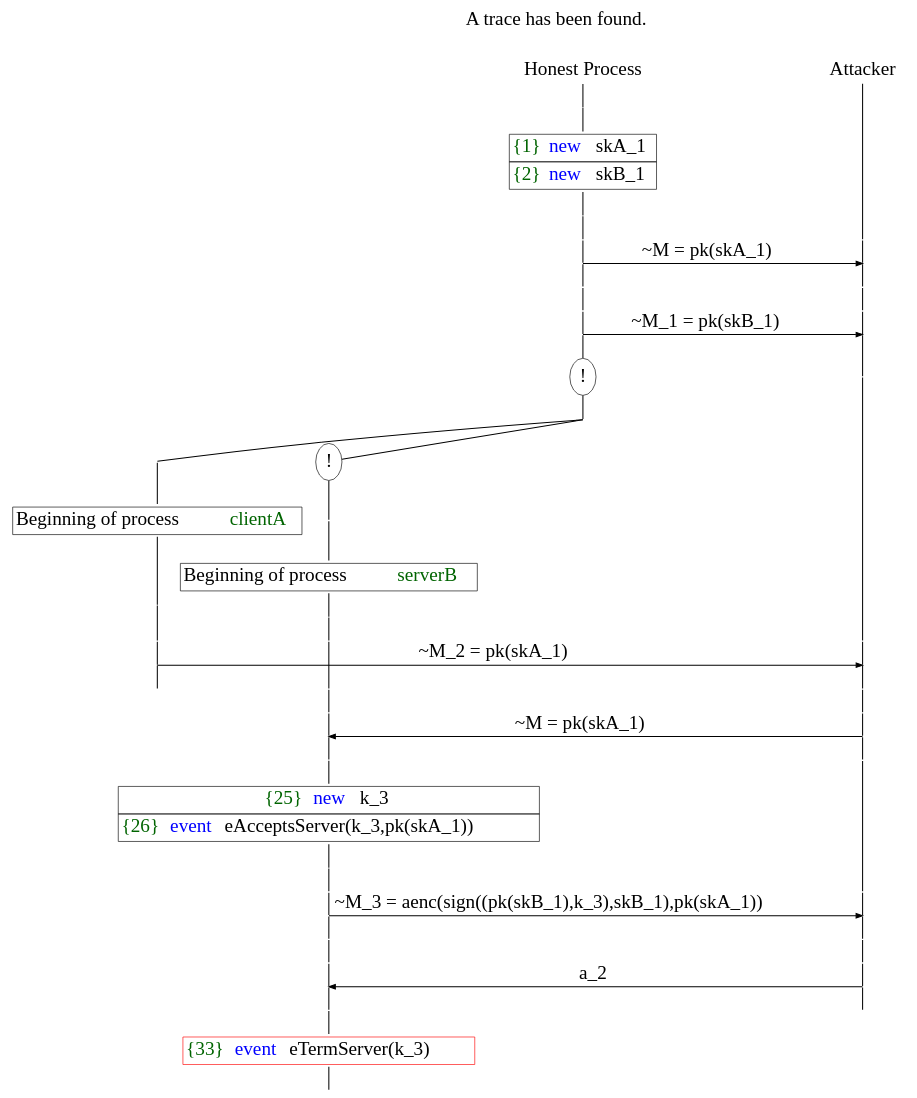
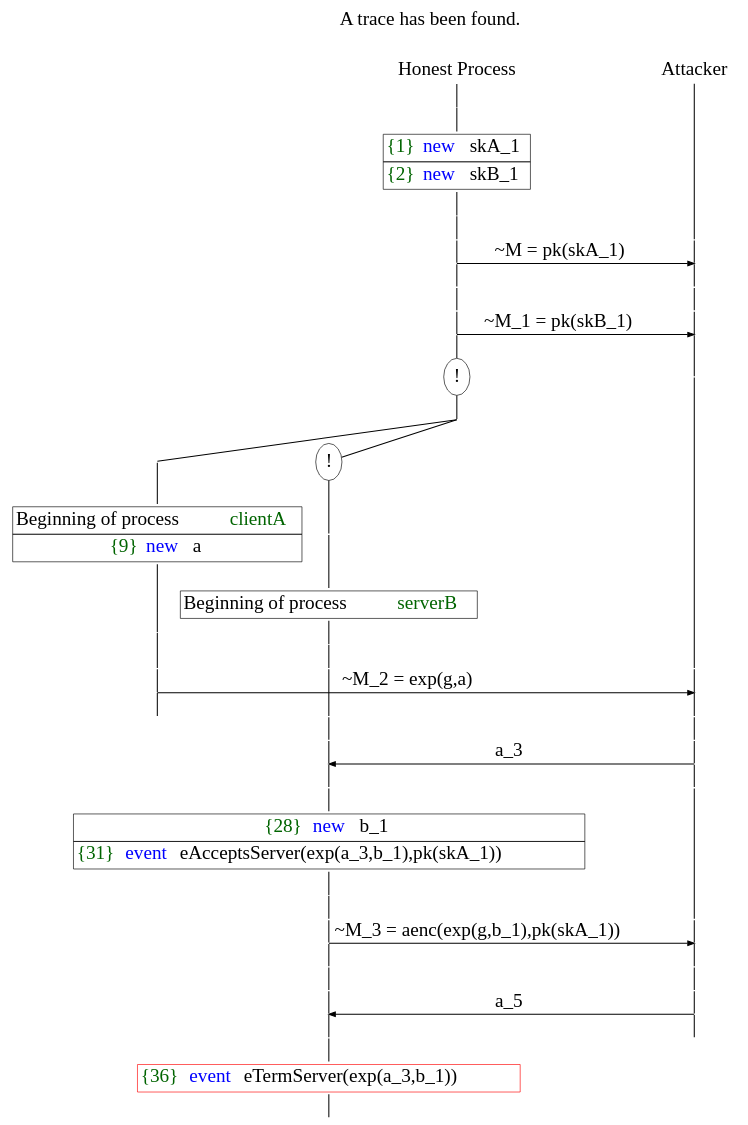
Before and after one commit to ElsaLopez133/formal-analysis-workshop: the diagram in graph/trace1.dot, drawn with Graphviz. The commit also changed 4 other files, not shown here.

```diff
--- a/graph/trace1.dot
+++ b/graph/trace1.dot
@@ -1,99 +1,100 @@
 digraph {
 graph [ordering = out]
 edge [arrowhead = none, penwidth = 1.6, fontsize = 30]
 node [shape = point, width = 0, height = 0, fontsize = 30]
 Trace [label = <A trace has been found.<br/>
 >, shape = plaintext]
 P0__0 [label = "Honest Process", shape = plaintext]
 P__0 [label = "Attacker", shape = plaintext]
 Trace -> P0__0 [label = "", style = invisible, weight = 100]{rank = same; P0__0 P__0}
 P0__0 -> P0__1 [label = <>, weight = 100]
 P0__1 -> P0__2 [label = <>, weight = 100]
 P0__2 [shape = plaintext, label = <<TABLE BORDER="0" CELLBORDER="1" CELLSPACING="0" CELLPADDING="4"> <TR><TD><FONT COLOR="darkgreen">{1}</FONT><FONT COLOR="blue">new </FONT>skA_1</TD></TR><TR><TD><FONT COLOR="darkgreen">{2}</FONT><FONT COLOR="blue">new </FONT>skB_1</TD></TR></TABLE>>]
 P0__2 -> P0__3 [label = <>, weight = 100]
 P0__3 -> P0__4 [label = <>, weight = 100]
 P__0 -> P__1 [label = <>, weight = 100]
 {rank = same; P__1 P0__4}
 P0__4 -> P0__5 [label = <>, weight = 100]
 P__1 -> P__2 [label = <>, weight = 100]
 {rank = same; P__2 P0__5}
 P0__5 -> P__2 [label = <~M = pk(skA_1)>, arrowhead = normal]
 P0__5 -> P0__6 [label = <>, weight = 100]
 P__2 -> P__3 [label = <>, weight = 100]
 {rank = same; P__3 P0__6}
 P0__6 -> P0__7 [label = <>, weight = 100]
 P__3 -> P__4 [label = <>, weight = 100]
 {rank = same; P__4 P0__7}
 P0__7 -> P0__8 [label = <>, weight = 100]
 P__4 -> P__5 [label = <>, weight = 100]
 {rank = same; P__5 P0__8}
 P0__8 -> P__5 [label = <~M_1 = pk(skB_1)>, arrowhead = normal]
 P0__8 -> P0__9 [label = <>, weight = 100]
 P__5 -> P__6 [label = <>, weight = 100]
 {rank = same; P__6 P0__9}
 P0__9 [label = "!", shape = ellipse]
 P0_0__9 [label = "", fixedsize = false, width = 0, height = 0, shape = none]
 P0__9 -> P0_0__9 [label = <>, weight = 100]
 /*RPar */
 P0_0__9 -> P0_0_1__9 [label = <>]
 P0_0__9 -> P0_0_0__9 [label = <>]
 P0_0__9 [label = "", fixedsize = false, width = 0, height = 0, shape = none]
 {rank = same; P0_0_0__9 P0_0_1__9}
 P0_0_0__9 [label = "!", shape = ellipse]
 P0_0_0_0__9 [label = "", fixedsize = false, width = 0, height = 0, shape = none]
 P0_0_0__9 -> P0_0_0_0__9 [label = <>, weight = 100]
 P0_0_0_0__9 -> P0_0_0_0__10 [label = <>, weight = 100]
 P0_0_0_0__10 [shape = plaintext, label = <<TABLE BORDER="0" CELLBORDER="1" CELLSPACING="0" CELLPADDING="4"> <TR><TD>Beginning of process <FONT COLOR="darkgreen">serverB</FONT></TD></TR></TABLE>>]
 P0_0_0_0__10 -> P0_0_0_0__11 [label = <>, weight = 100]
 P0_0_1__9 -> P0_0_1__10 [label = <>, weight = 100]
-P0_0_1__10 [shape = plaintext, label = <<TABLE BORDER="0" CELLBORDER="1" CELLSPACING="0" CELLPADDING="4"> <TR><TD>Beginning of process <FONT COLOR="darkgreen">clientA</FONT></TD></TR></TABLE>>]
+P0_0_1__10 [shape = plaintext, label = <<TABLE BORDER="0" CELLBORDER="1" CELLSPACING="0" CELLPADDING="4"> <TR><TD>Beginning of process <FONT COLOR="darkgreen">clientA</FONT></TD></TR><TR><TD><FONT COLOR="darkgreen">{9}</FONT><FONT COLOR="blue">new </FONT>a</TD></TR></TABLE>>]
 P0_0_1__10 -> P0_0_1__11 [label = <>, weight = 100]
 P0_0_1__11 -> P0_0_1__12 [label = <>, weight = 100]
 P0_0_0_0__11 -> P0_0_0_0__12 [label = <>, weight = 100]
 P__6 -> P__7 [label = <>, weight = 100]
 {rank = same; P__7 P0_0_0_0__12 P0_0_1__12}
 P0_0_1__12 -> P0_0_1__13 [label = <>, weight = 100]
 P__7 -> P__8 [label = <>, weight = 100]
 {rank = same; P__8 P0_0_1__13}
-P0_0_1__13 -> P__8 [label = <~M_2 = pk(skA_1)>, arrowhead = normal]
+P0_0_1__13 -> P__8 [label = <~M_2 = exp(g,a)>, arrowhead = normal]
 P0_0_1__13 -> P0_0_1__14 [label = <>, weight = 100]
 P0_0_0_0__12 -> P0_0_0_0__13 [label = <>, weight = 100]
 P__8 -> P__9 [label = <>, weight = 100]
 {rank = same; P__9 P0_0_0_0__13 P0_0_1__14}
 P0_0_0_0__13 -> P0_0_0_0__14 [label = <>, weight = 100]
 P__9 -> P__10 [label = <>, weight = 100]
 {rank = same; P__10 P0_0_0_0__14}
 P0_0_0_0__14 -> P0_0_0_0__15 [label = <>, weight = 100]
 P__10 -> P__11 [label = <>, weight = 100]
 {rank = same; P__11 P0_0_0_0__15}
-P0_0_0_0__15 -> P__11 [label = <~M = pk(skA_1)>, dir = back, arrowhead = normal]
+P0_0_0_0__15 -> P__11 [label = <a_3>, dir = back, arrowhead = normal]
 P0_0_0_0__15 -> P0_0_0_0__16 [label = <>, weight = 100]
 P__11 -> P__12 [label = <>, weight = 100]
 {rank = same; P__12 P0_0_0_0__16}
 P0_0_0_0__16 -> P0_0_0_0__17 [label = <>, weight = 100]
-P0_0_0_0__17 [shape = plaintext, label = <<TABLE BORDER="0" CELLBORDER="1" CELLSPACING="0" CELLPADDING="4"> <TR><TD><FONT COLOR="darkgreen">{25}</FONT><FONT COLOR="blue">new </FONT>k_3</TD></TR><TR><TD><FONT COLOR="darkgreen">{26}</FONT><FONT COLOR="blue">event</FONT> eAcceptsServer(k_3,pk(skA_1))</TD></TR></TABLE>>]
+P0_0_0_0__17 [shape = plaintext, label = <<TABLE BORDER="0" CELLBORDER="1" CELLSPACING="0" CELLPADDING="4"> <TR><TD><FONT COLOR="darkgreen">{28}</FONT><FONT COLOR="blue">new </FONT>b_1</TD></TR><TR><TD><FONT COLOR="darkgreen">{31}</FONT><FONT COLOR="blue">event</FONT> eAcceptsServer(exp(a_3,b_1),pk(skA_1))<br/>
+</TD></TR></TABLE>>]
 P0_0_0_0__17 -> P0_0_0_0__18 [label = <>, weight = 100]
 P0_0_0_0__18 -> P0_0_0_0__19 [label = <>, weight = 100]
 P__12 -> P__13 [label = <>, weight = 100]
 {rank = same; P__13 P0_0_0_0__19}
 P0_0_0_0__19 -> P0_0_0_0__20 [label = <>, weight = 100]
 P__13 -> P__14 [label = <>, weight = 100]
 {rank = same; P__14 P0_0_0_0__20}
-P0_0_0_0__20 -> P__14 [label = <~M_3 = aenc(sign((pk(skB_1),k_3),skB_1),pk(skA_1))>, arrowhead = normal]
+P0_0_0_0__20 -> P__14 [label = <~M_3 = aenc(exp(g,b_1),pk(skA_1))>, arrowhead = normal]
 P0_0_0_0__20 -> P0_0_0_0__21 [label = <>, weight = 100]
 P__14 -> P__15 [label = <>, weight = 100]
 {rank = same; P__15 P0_0_0_0__21}
 P0_0_0_0__21 -> P0_0_0_0__22 [label = <>, weight = 100]
 P__15 -> P__16 [label = <>, weight = 100]
 {rank = same; P__16 P0_0_0_0__22}
 P0_0_0_0__22 -> P0_0_0_0__23 [label = <>, weight = 100]
 P__16 -> P__17 [label = <>, weight = 100]
 {rank = same; P__17 P0_0_0_0__23}
-P0_0_0_0__23 -> P__17 [label = <a_2>, dir = back, arrowhead = normal]
+P0_0_0_0__23 -> P__17 [label = <a_5>, dir = back, arrowhead = normal]
 P0_0_0_0__23 -> P0_0_0_0__24 [label = <>, weight = 100]
 P__17 -> P__18 [label = <>, weight = 100]
 {rank = same; P__18 P0_0_0_0__24}
 P0_0_0_0__24 -> P0_0_0_0__25 [label = <>, weight = 100]
-P0_0_0_0__25 [color = red, shape = plaintext, label = <<TABLE BORDER="0" CELLBORDER="1" CELLSPACING="0" CELLPADDING="4"> <TR><TD><FONT COLOR="darkgreen">{33}</FONT><FONT COLOR="blue">event</FONT> eTermServer(k_3)</TD></TR></TABLE>>]
+P0_0_0_0__25 [color = red, shape = plaintext, label = <<TABLE BORDER="0" CELLBORDER="1" CELLSPACING="0" CELLPADDING="4"> <TR><TD><FONT COLOR="darkgreen">{36}</FONT><FONT COLOR="blue">event</FONT> eTermServer(exp(a_3,b_1))</TD></TR></TABLE>>]
 P0_0_0_0__25 -> P0_0_0_0__26 [label = <>, weight = 100]
 }
```
